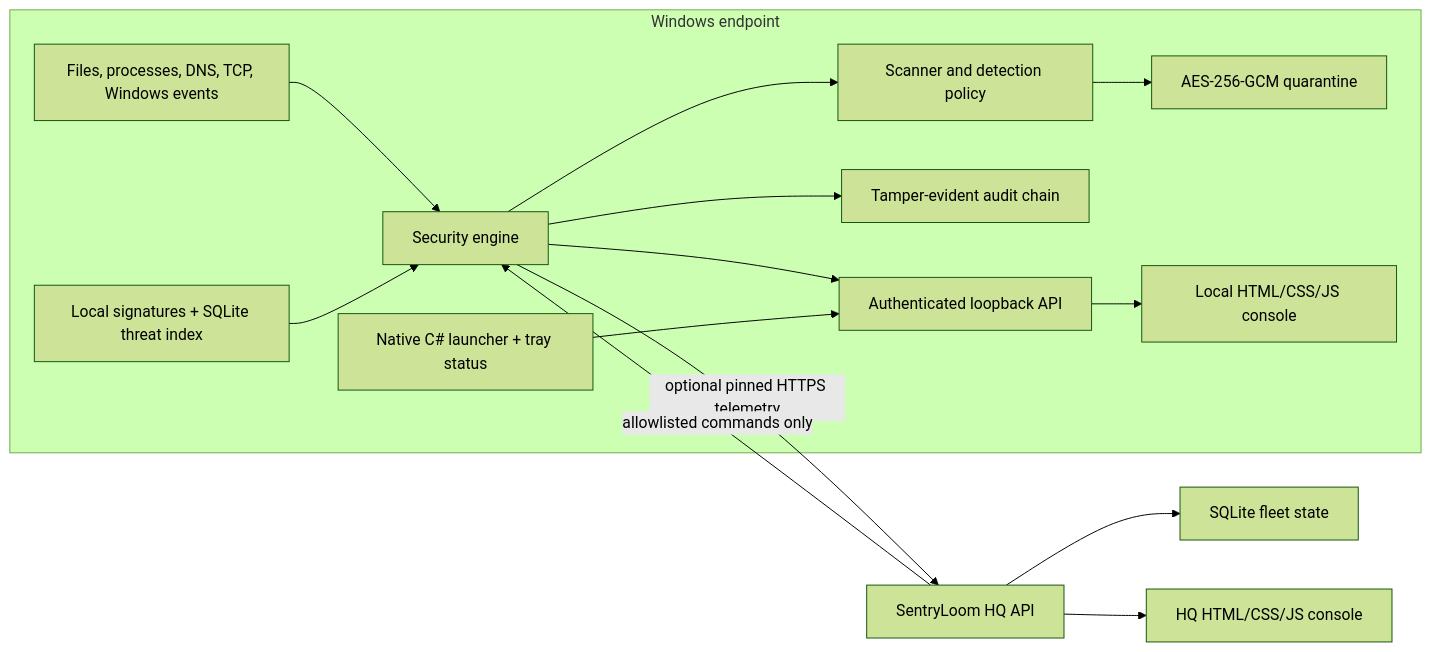
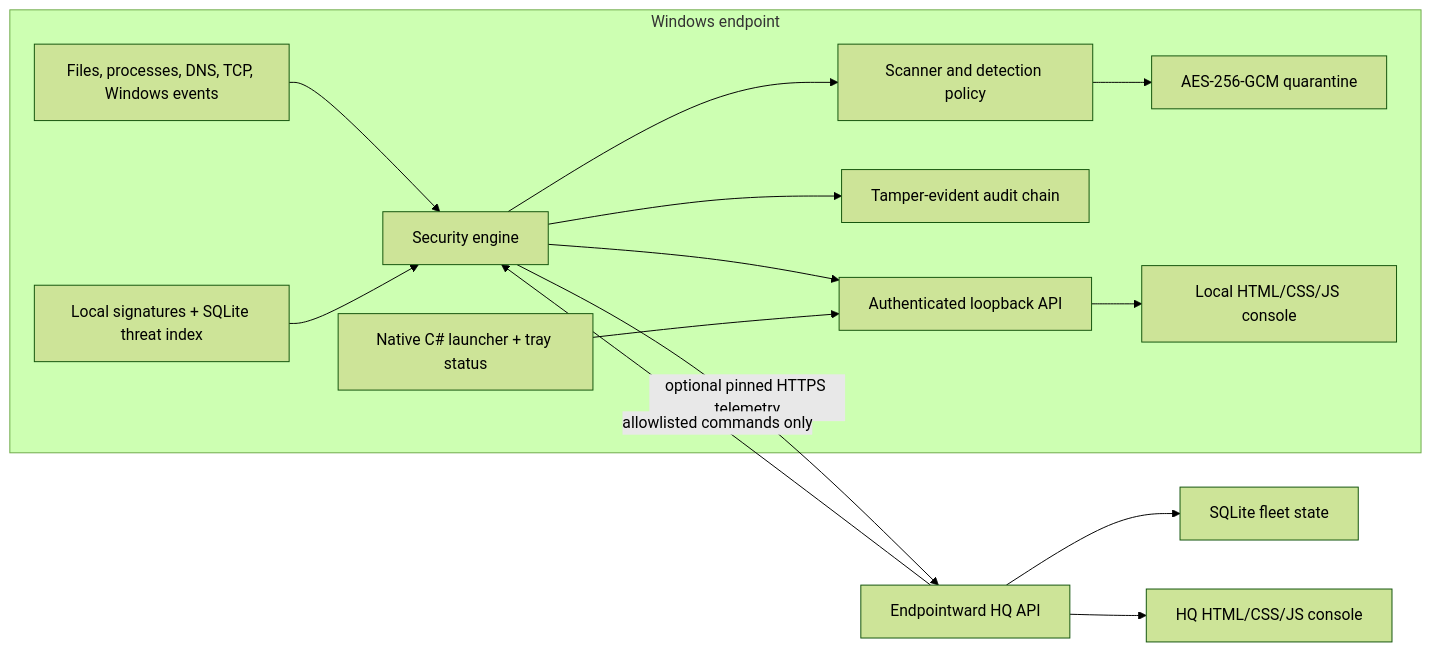
Before and after one commit to alivirgo/SentryLoom: the diagram in README.md, drawn with Mermaid (forest theme). The commit also changed other lines of this file and 163 other files, not shown here.

First line of the commit message:
Rename the product from SentryLoom to Endpointward

````diff
--- a/README.md
+++ b/README.md
@@ -142,18 +142,18 @@
 ```mermaid
 flowchart LR
   subgraph Endpoint["Windows endpoint"]
     FS["Files, processes, DNS, TCP, Windows events"] --> Engine["Security engine"]
     Intel["Local signatures + SQLite threat index"] --> Engine
     Engine --> Scan["Scanner and detection policy"]
     Scan --> Vault["AES-256-GCM quarantine"]
     Engine --> Audit["Tamper-evident audit chain"]
     Engine --> LocalAPI["Authenticated loopback API"]
     LocalAPI --> LocalUI["Local HTML/CSS/JS console"]
     Tray["Native C# launcher + tray status"] --> LocalAPI
   end
 
-  Engine -- "optional pinned HTTPS telemetry" --> HQAPI["SentryLoom HQ API"]
+  Engine -- "optional pinned HTTPS telemetry" --> HQAPI["Endpointward HQ API"]
   HQAPI --> HQDB["SQLite fleet state"]
   HQAPI --> HQUI["HQ HTML/CSS/JS console"]
   HQAPI -- "allowlisted commands only" --> Engine
 ```
````
